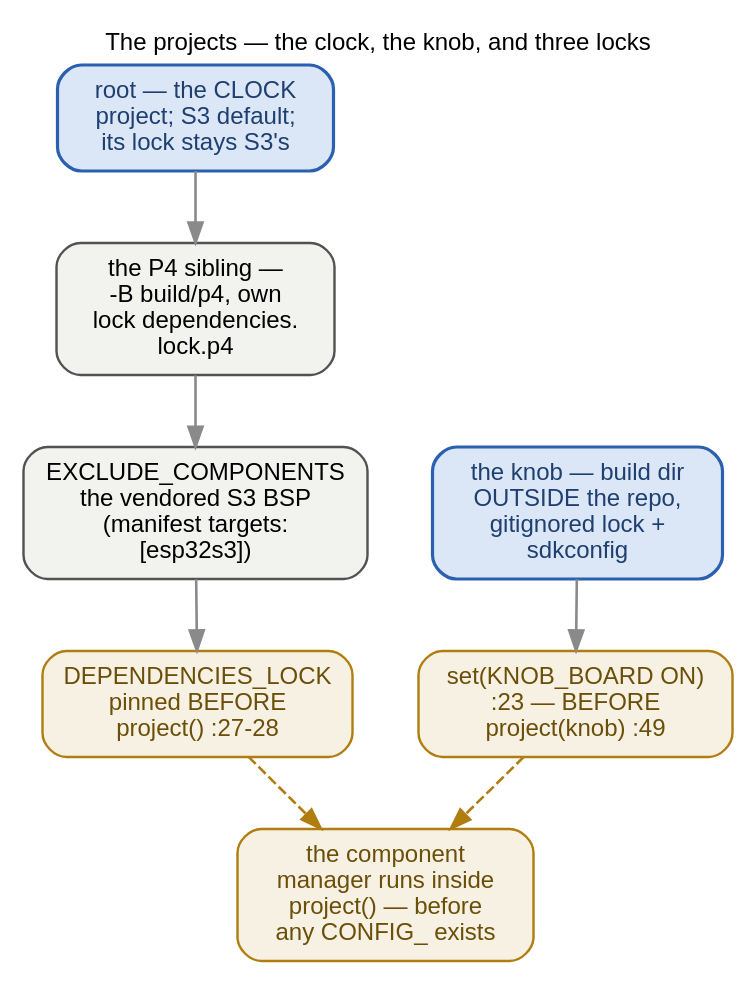
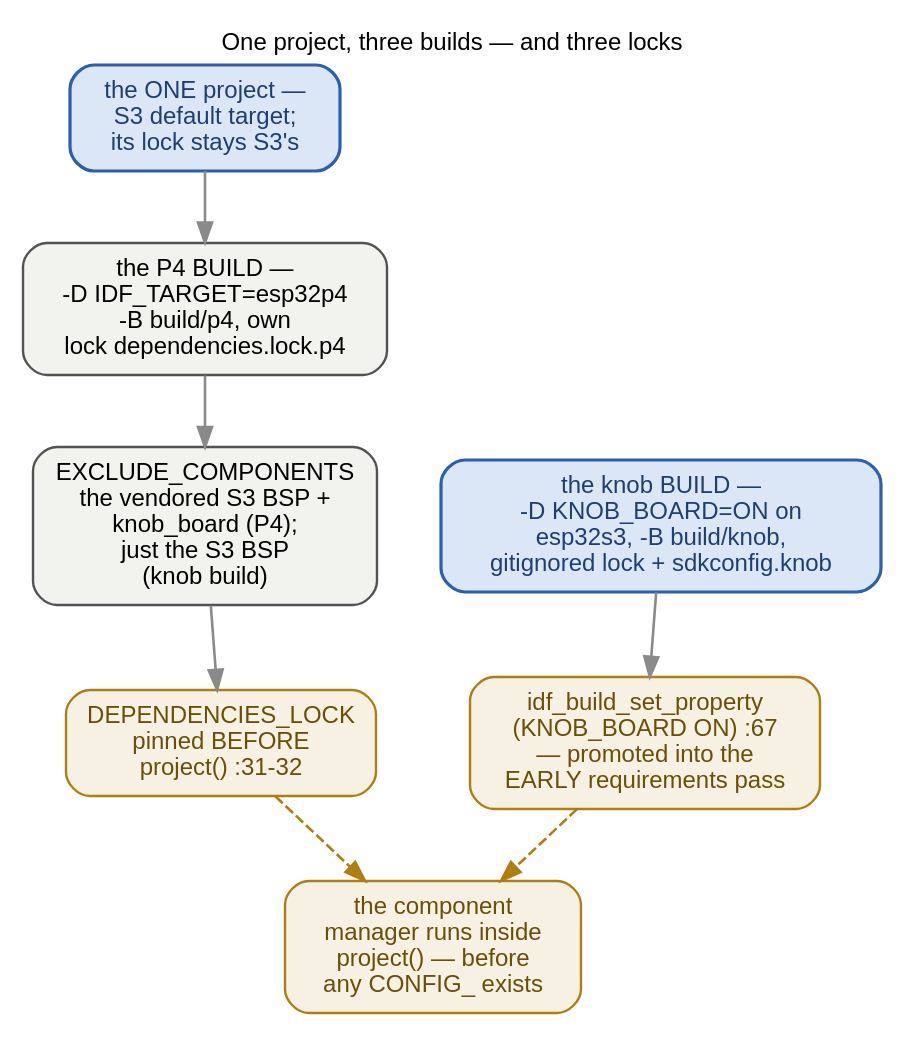
The diagram in docs/_graphs/build-seam-projects.dot (ukos-git/moon-clock-esp), drawn with Graphviz before and after one commit. The commit also changed 38 other files, not shown here.

First line of the commit message:
docs: point the knob at the root-tree build, drop the sibling refs

```diff
--- a/docs/_graphs/build-seam-projects.dot
+++ b/docs/_graphs/build-seam-projects.dot
@@ -1,54 +1,58 @@
-// The three projects, opened (verified before drawing):
-//   The root CMakeLists is the CLOCK project: S3 is the default
-//   target; the P4 is a sibling build (-D IDF_TARGET=esp32p4 -B
+// One project, three builds, opened (verified before drawing):
+//   The root CMakeLists is the single project: S3 is the default
+//   target; the P4 is a sibling TARGET (-D IDF_TARGET=esp32p4 -B
 //   build/p4) whose target block EXCLUDE_COMPONENTS the vendored S3
-//   BSP (manifest targets: [esp32s3]) 'out of the P4 build AND of the
-//   component manager's local-manifest list' (:16-21), and pins
-//   DEPENDENCIES_LOCK dependencies.lock.p4 BEFORE project() (:27-28,
-//   'which runs the component manager', :24-26); the tracked root
-//   dependencies.lock stays the S3's.
-//   knob/CMakeLists.txt is the SIBLING project (Waveshare
-//   ESP32-S3-Knob-Touch-LCD-1.8): own build dir (-C knob -B
-//   ../build/knob — OUTSIDE the repo), own gitignored lock
-//   dependencies.lock.knob (:47) and sdkconfig. set(KNOB_BOARD ON)
-//   sits at :23, BEFORE project(knob) (:49) — the file's own comment:
-//   'A PROJECT variable, not a CONFIG_ symbol: the component manager
-//   resolves requirements BEFORE Kconfig runs, and CONFIG_ variables
-//   are unset in that first pass' (:20-22).
+//   BSP + the knob_board component (manifest targets: [esp32s3]) 'out
+//   of the P4 build AND of the component manager's local-manifest
+//   list' (:15-33), and pins DEPENDENCIES_LOCK dependencies.lock.p4
+//   BEFORE project() (:31-32, 'which runs the component manager',
+//   :29-30); the tracked root dependencies.lock stays the S3's.
+//   The knob is a third BUILD of the same tree on the esp32s3 TARGET
+//   (Waveshare ESP32-S3-Knob-Touch-LCD-1.8), selected by
+//   -D KNOB_BOARD=ON: own build dir (-B build/knob — INSIDE the
+//   repo), own gitignored lock dependencies.lock.knob and live
+//   sdkconfig.knob. The knob block (:63-65) EXCLUDE_COMPONENTS the
+//   vendored S3 BSP, pins DEPENDENCIES_LOCK dependencies.lock.knob,
+//   and promotes KNOB_BOARD into the component manager's early
+//   requirements pass via idf_build_set_property — 'a plain -D cache
+//   variable does NOT [reach that pass]', so the board/imu/knob_*
+//   `if(KNOB_BOARD)` branches resolve in BOTH the early pass and the
+//   target pass (:48-62). The S3-clock block (:35-46) EXCLUDE_COMPONENTS
+//   knob_board so its knob-only managed deps stay out of the S3 lock.
 // The sealed version is build-seam.dot; the passes are
-// build-seam-passes.dot, the shims build-seam-shims.dot, the guards
+// build-seam-passes.dot, the knob pieces build-seam-shims.dot, the guards
 // build-seam-guards.dot.
 // FONTS: 12 pt = the page's 16 px body text at 1:1 — kept inside the
 // content column.
 // Rendered inline as SVG by sphinx.ext.graphviz (dot on PATH).
 digraph build_seam_projects {
     rankdir=TB;
-    label="The projects — the clock, the knob, and three locks";
+    label="One project, three builds — and three locks";
     labelloc="t"; labeljust="c";
     fontname="Helvetica"; fontsize=12;
     graph [nodesep=0.45, ranksep=0.5];
     node [fontname="Helvetica", fontsize=12, shape=box, style="rounded,filled",
           width=0, height=0, margin="0.16,0.10", fillcolor="#f2f2ef",
           color="#525252", penwidth=1.2];
     edge [fontname="Helvetica", fontsize=12, color="#8a8a8a", penwidth=1.3];
 
-    rootp [label="root — the CLOCK\nproject; S3 default;\nits lock stays S3's",
+    rootp [label="the ONE project —\nS3 default target;\nits lock stays S3's",
            fillcolor="#dbe7f6", color="#2b5fb0", fontcolor="#1e3f70", penwidth=1.6];
-    p4sib [label="the P4 sibling —\n-B build/p4, own\nlock dependencies.\nlock.p4"];
-    excl [label="EXCLUDE_COMPONENTS\nthe vendored S3 BSP\n(manifest targets:\n[esp32s3])"];
-    lockpin [label="DEPENDENCIES_LOCK\npinned BEFORE\nproject() :27-28",
+    p4sib [label="the P4 BUILD —\n-D IDF_TARGET=esp32p4\n-B build/p4, own\nlock dependencies.lock.p4"];
+    excl [label="EXCLUDE_COMPONENTS\nthe vendored S3 BSP +\nknob_board (P4);\njust the S3 BSP\n(knob build)"];
+    lockpin [label="DEPENDENCIES_LOCK\npinned BEFORE\nproject() :31-32",
              fillcolor="#f6f1e2", color="#b07d10", fontcolor="#6b4e08"];
-    knobp [label="the knob — build dir\nOUTSIDE the repo,\ngitignored lock +\nsdkconfig",
+    knobp [label="the knob BUILD —\n-D KNOB_BOARD=ON on\nesp32s3, -B build/knob,\ngitignored lock + sdkconfig.knob",
            fillcolor="#dbe7f6", color="#2b5fb0", fontcolor="#1e3f70", penwidth=1.6];
-    knb [label="set(KNOB_BOARD ON)\n:23 — BEFORE\nproject(knob) :49",
+    knb [label="idf_build_set_property\n(KNOB_BOARD ON) :67\n— promoted into the\nEARLY requirements pass",
          fillcolor="#f6f1e2", color="#b07d10", fontcolor="#6b4e08"];
     mgr [label="the component\nmanager runs inside\nproject() — before\nany CONFIG_ exists",
          fillcolor="#f6f1e2", color="#b07d10", fontcolor="#6b4e08"];
 
     rootp -> p4sib;
     p4sib -> excl;
     excl -> lockpin;
     lockpin -> mgr [style=dashed, color="#b07d10"];
     knobp -> knb;
     knb -> mgr [style=dashed, color="#b07d10"];
 }
```
